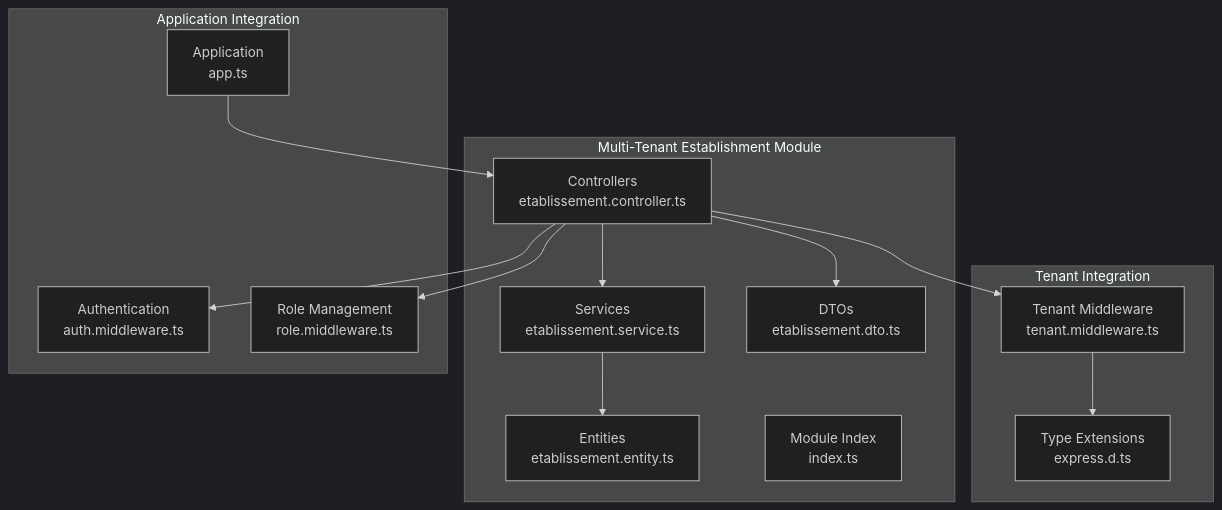
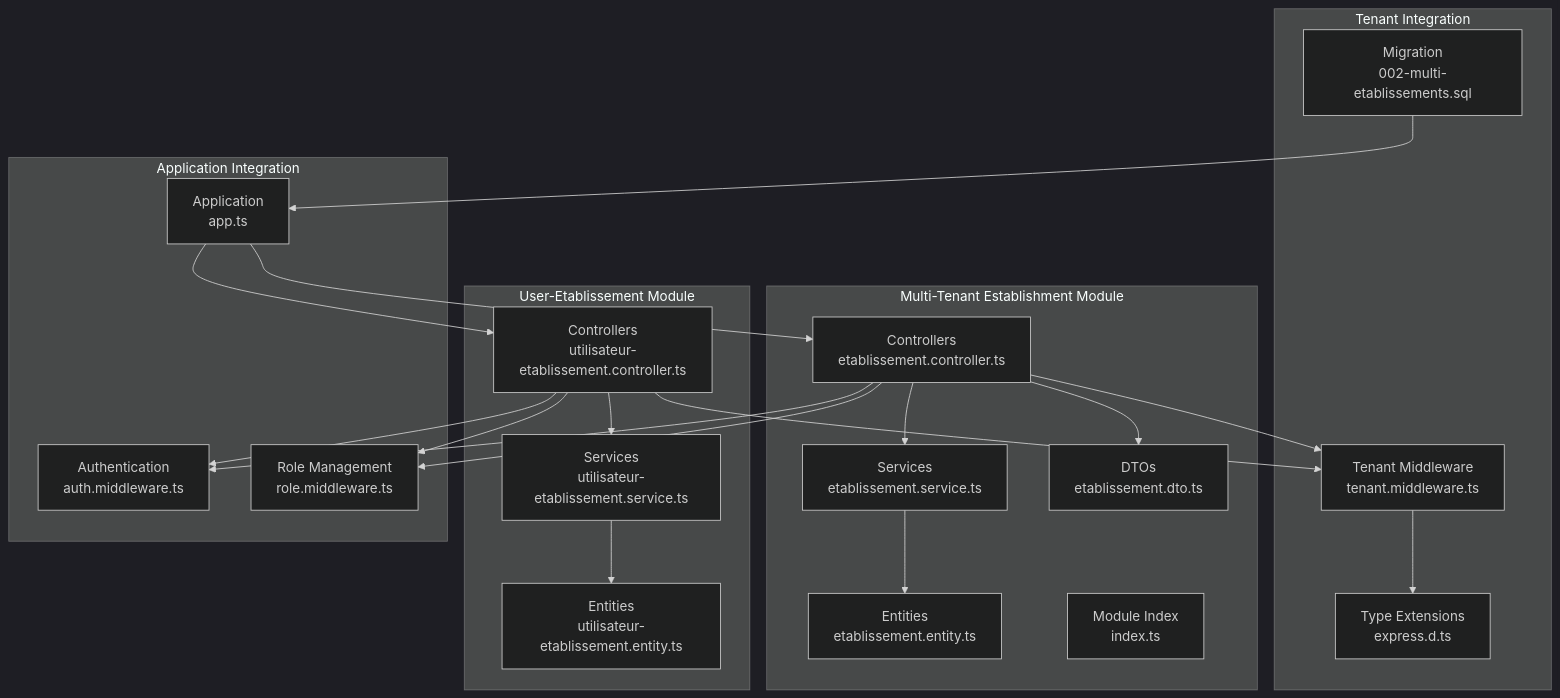
Before and after one commit to franckylab/eLISAschool: the third of 15 diagrams in .qoder/repowiki/en/content/Modules & Features/Administrative Modules/Establishment Management.md, drawn with Mermaid (dark theme). The commit also changed other lines of this file and 75 other files, not shown here.

````diff
--- a/.qoder/repowiki/en/content/Modules & Features/Administrative Modules/Establishment Management.md
+++ b/.qoder/repowiki/en/content/Modules & Features/Administrative Modules/Establishment Management.md
@@ -94,27 +147,40 @@
 ```mermaid
 graph TB
 subgraph "Multi-Tenant Establishment Module"
 Controllers["Controllers<br/>etablissement.controller.ts"]
 Services["Services<br/>etablissement.service.ts"]
 Entities["Entities<br/>etablissement.entity.ts"]
 DTOs["DTOs<br/>etablissement.dto.ts"]
 Index["Module Index<br/>index.ts"]
 end
+subgraph "User-Etablissement Module"
+UEControllers["Controllers<br/>utilisateur-etablissement.controller.ts"]
+UEServices["Services<br/>utilisateur-etablissement.service.ts"]
+UEEntities["Entities<br/>utilisateur-etablissement.entity.ts"]
+end
 subgraph "Tenant Integration"
 TenantMW["Tenant Middleware<br/>tenant.middleware.ts"]
 Types["Type Extensions<br/>express.d.ts"]
+Migration["Migration<br/>002-multi-etablissements.sql"]
 end
 subgraph "Application Integration"
 App["Application<br/>app.ts"]
 Auth["Authentication<br/>auth.middleware.ts"]
 Roles["Role Management<br/>role.middleware.ts"]
 end
 Controllers --> Services
 Services --> Entities
 Controllers --> DTOs
+UEControllers --> UEServices
+UEServices --> UEEntities
 Controllers --> TenantMW
+UEControllers --> TenantMW
 TenantMW --> Types
 App --> Controllers
+App --> UEControllers
 Controllers --> Auth
+UEControllers --> Auth
 Controllers --> Roles
+UEControllers --> Roles
+Migration --> App
 ```
````
